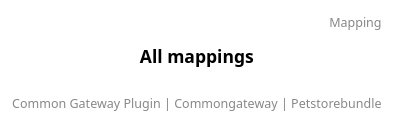
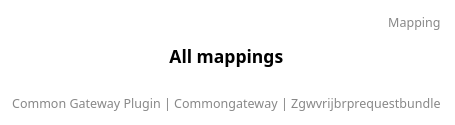
One commit to CommonGateway/ZgwVrijBRPRequestBundle changed the diagram in docs/mapping/all_mapping_classes.puml. Above: the diagram before and after it, drawn with PlantUML. The commit also changed 6 other files, not shown here.

```diff
--- a/docs/mapping/all_mapping_classes.puml
+++ b/docs/mapping/all_mapping_classes.puml
@@ -1,6 +1,6 @@
 @startuml
 title: All mappings
-footer: Common Gateway Plugin | Commongateway | Petstorebundle 
+footer: Common Gateway Plugin | Commongateway | Zgwvrijbrprequestbundle 
 header: Mapping
 
 @enduml
```
